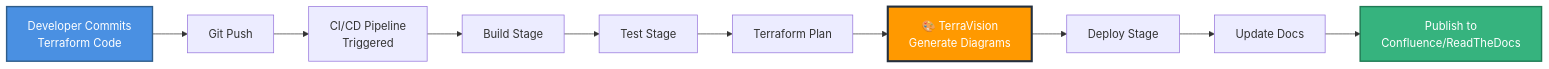
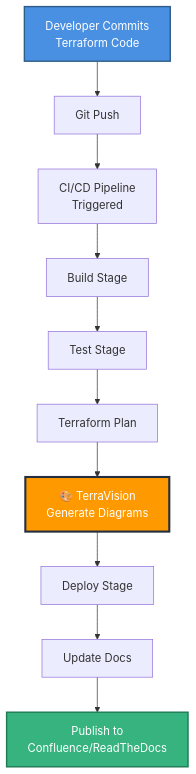
Before and after one commit to patrickchugh/terravision: the diagram in README.md, drawn with Mermaid.

Commit message:
Readme diagram

````diff
--- a/README.md
+++ b/README.md
@@ -60,16 +60,16 @@
 ```mermaid
-graph LR
+graph TD
     A[Developer Commits<br/>Terraform Code] --> B[Git Push]
     B --> C[CI/CD Pipeline<br/>Triggered]
     C --> D[Build Stage]
     D --> E[Test Stage]
     E --> F[Terraform Plan]
     F --> G[🎨 TerraVision<br/>Generate Diagrams]
     G --> H[Deploy Stage]
     H --> I[Update Docs]
     I --> J[Publish to<br/>Confluence/ReadTheDocs]
     
     style G fill:#ff9900,stroke:#232f3e,stroke-width:3px,color:#fff
     style A fill:#4a90e2,stroke:#2e5c8a,stroke-width:2px,color:#fff
     style J fill:#36b37e,stroke:#1f7a54,stroke-width:2px,color:#fff
 ``` 
````
